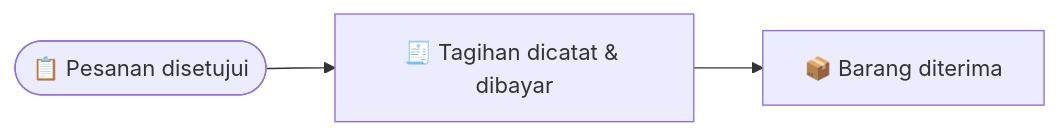
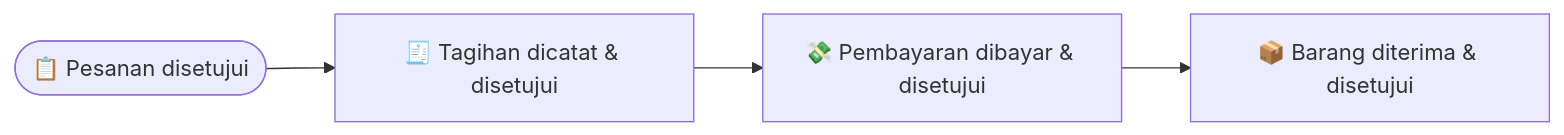
The second of 2 diagrams in docs/manual-book/pembelian.md (RimbunCode/erp_pataya), drawn with Mermaid before and after one commit. The commit also changed other lines of this file and 45 other files, not shown here.

````diff
--- a/docs/manual-book/pembelian.md
+++ b/docs/manual-book/pembelian.md
@@ -118,4 +170,4 @@
 ```mermaid
 flowchart LR
-    PO(["📋 Pesanan disetujui"]) --> PI["🧾 Tagihan dicatat & dibayar"] --> GR["📦 Barang diterima"]
+    PO(["📋 Pesanan disetujui"]) --> PI["🧾 Tagihan dicatat & disetujui"] --> PE["💸 Pembayaran dibayar & disetujui"] --> GR["📦 Barang diterima & disetujui"]
 ```
````
